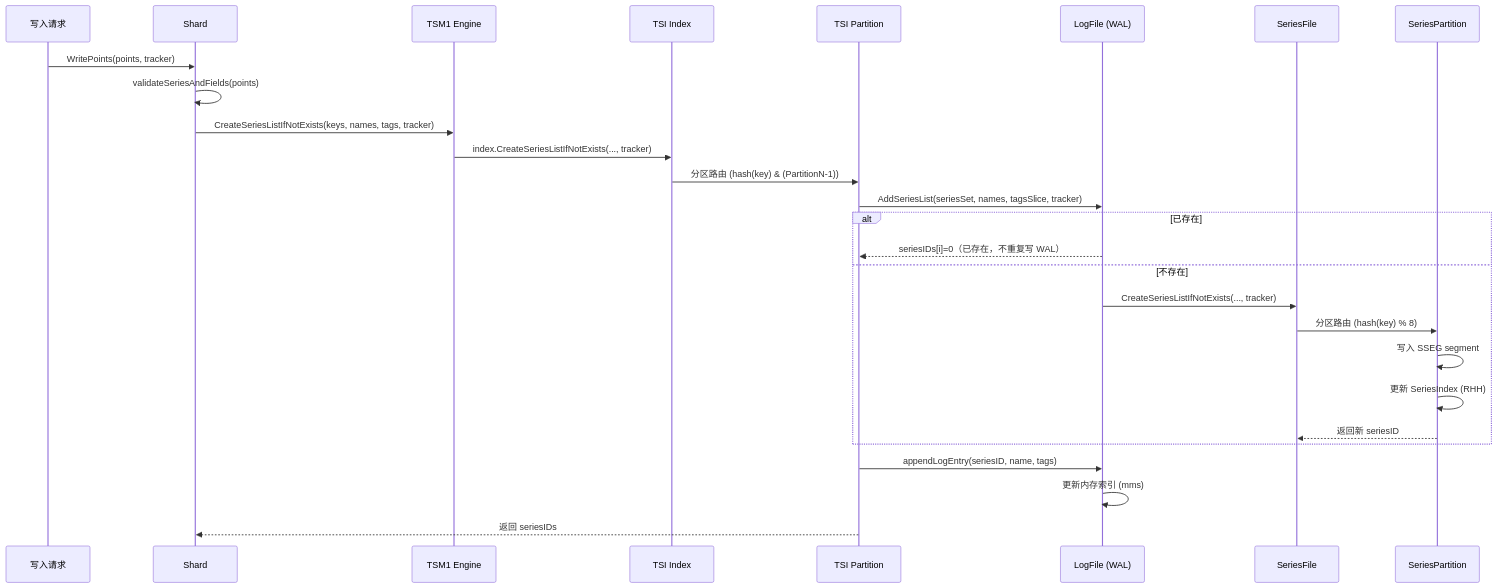
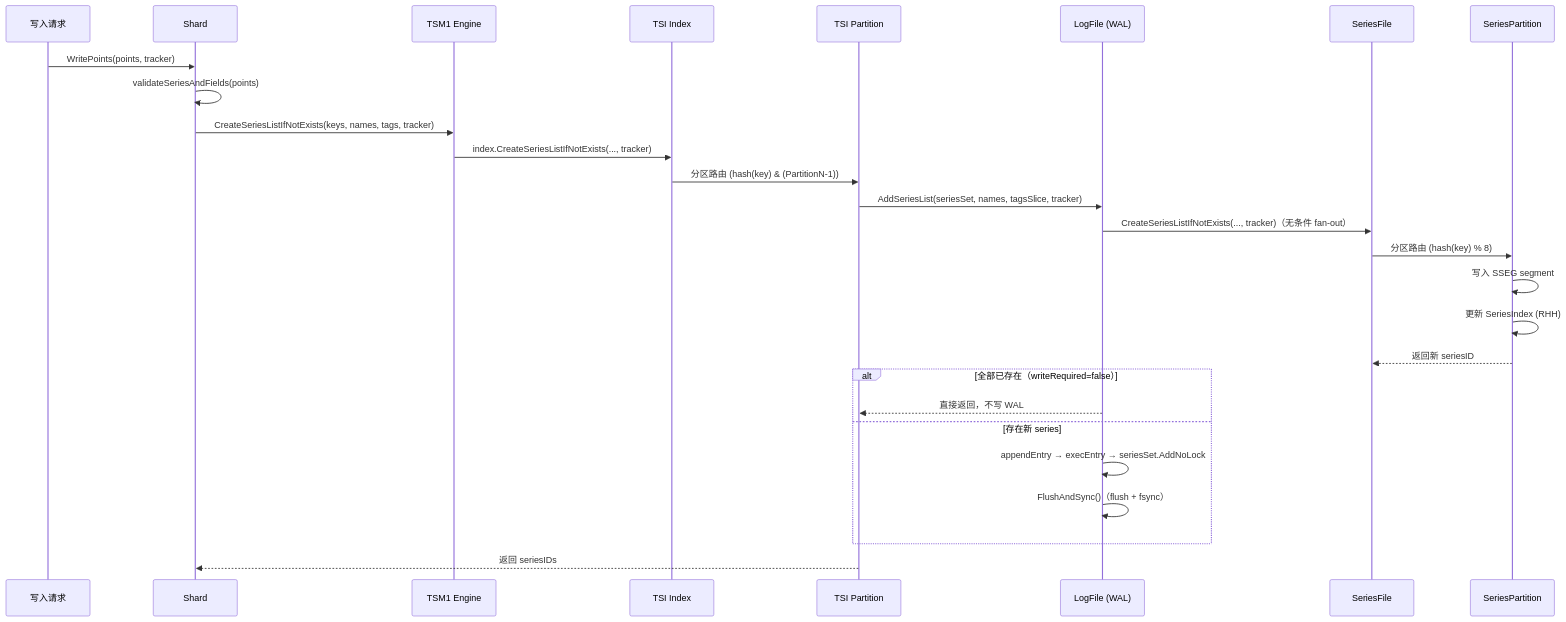
Before and after one commit to stefanv5/influxdb: the first of 16 diagrams in docs/specs/02_index_system_spec.md, drawn with Mermaid. The commit also changed other lines of this file and 18 other files, not shown here.

````diff
--- a/docs/specs/02_index_system_spec.md
+++ b/docs/specs/02_index_system_spec.md
@@ -24,31 +24,31 @@
 ```mermaid
 sequenceDiagram
     participant Writer as 写入请求
     participant Shard as Shard
     participant Engine as TSM1 Engine
     participant Index as TSI Index
     participant Partition as TSI Partition
     participant LogFile as LogFile (WAL)
     participant SeriesFile as SeriesFile
     participant SeriesPartition as SeriesPartition
 
     Writer->>Shard: WritePoints(points, tracker)
     Shard->>Shard: validateSeriesAndFields(points)
     Shard->>Engine: CreateSeriesListIfNotExists(keys, names, tags, tracker)
     Engine->>Index: index.CreateSeriesListIfNotExists(..., tracker)
 
     Index->>Partition: 分区路由 (hash(key) & (PartitionN-1))
     Partition->>LogFile: AddSeriesList(seriesSet, names, tagsSlice, tracker)
-    alt 已存在
-        LogFile-->>Partition: seriesIDs[i]=0（已存在，不重复写 WAL）
-    else 不存在
-        LogFile->>SeriesFile: CreateSeriesListIfNotExists(..., tracker)
-        SeriesFile->>SeriesPartition: 分区路由 (hash(key) % 8)
-        SeriesPartition->>SeriesPartition: 写入 SSEG segment
-        SeriesPartition->>SeriesPartition: 更新 SeriesIndex (RHH)
-        SeriesPartition-->>SeriesFile: 返回新 seriesID
+    LogFile->>SeriesFile: CreateSeriesListIfNotExists(..., tracker)（无条件 fan-out）
+    SeriesFile->>SeriesPartition: 分区路由 (hash(key) % 8)
+    SeriesPartition->>SeriesPartition: 写入 SSEG segment
+    SeriesPartition->>SeriesPartition: 更新 SeriesIndex (RHH)
+    SeriesPartition-->>SeriesFile: 返回新 seriesID
+    alt 全部已存在（writeRequired=false）
+        LogFile-->>Partition: 直接返回，不写 WAL
+    else 存在新 series
+        LogFile->>LogFile: appendEntry → execEntry → seriesSet.AddNoLock
+        LogFile->>LogFile: FlushAndSync()（flush + fsync）
     end
-    Partition->>LogFile: appendLogEntry(seriesID, name, tags)
-    LogFile->>LogFile: 更新内存索引 (mms)
     Partition-->>Shard: 返回 seriesIDs
 ```
````
